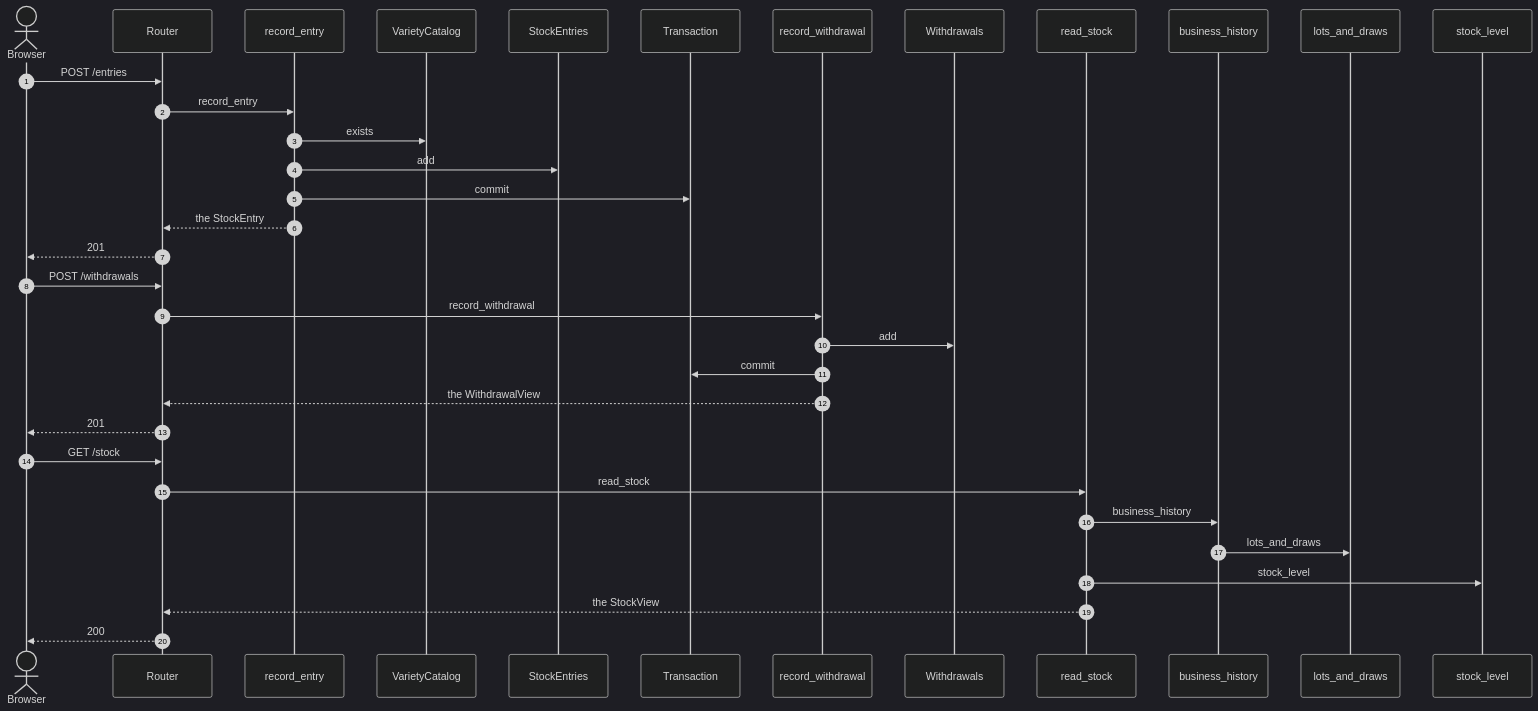
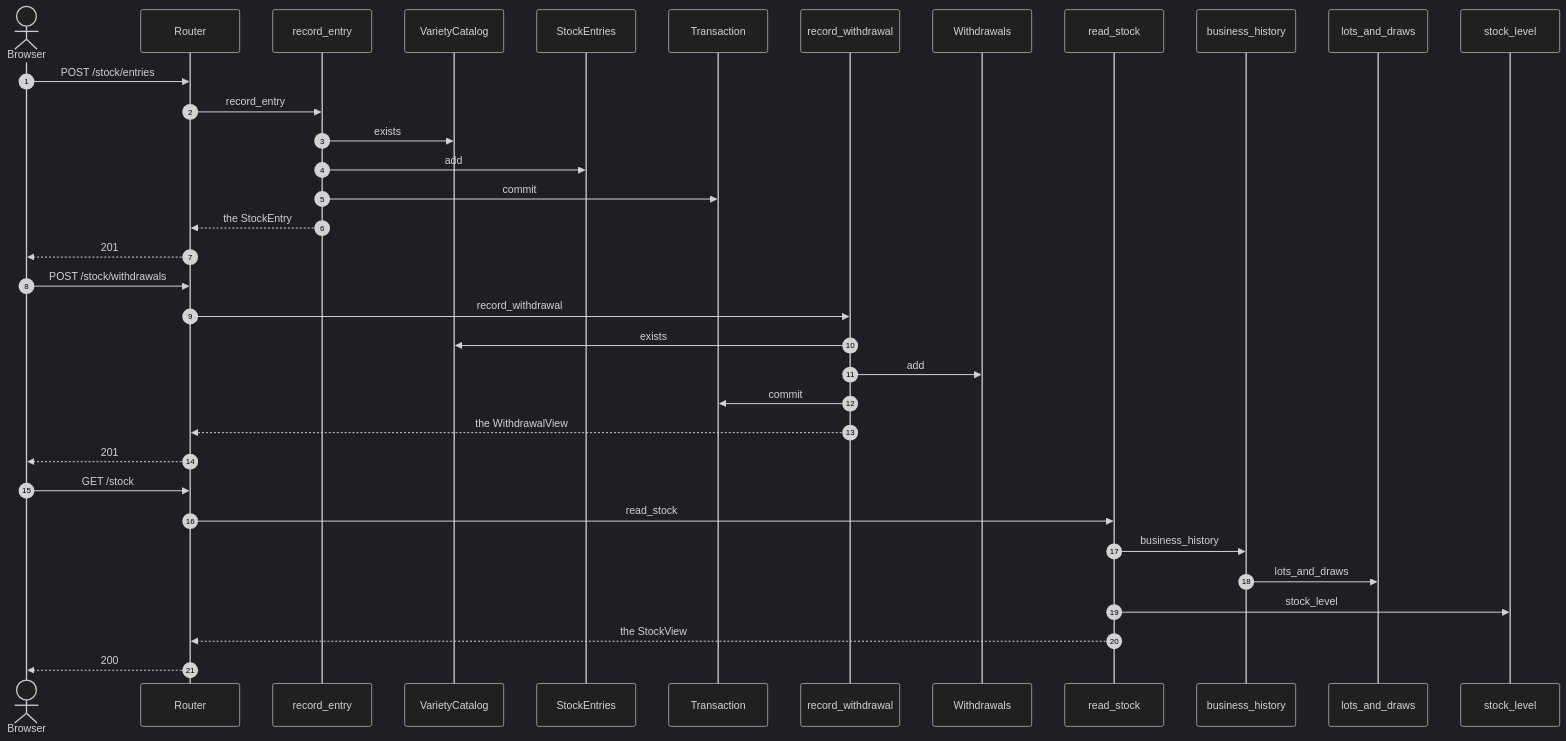
One commit to GonzaloZevallos/apostrophe changed the third of 4 diagrams in docs/architecture/flujos-clave.md. Above: the diagram before and after it, drawn with Mermaid (dark theme). The commit also changed other lines of this file and 3 other files, not shown here.

Commit message:
Correct the pages to what the code does: stock routes, the import rule, refuse_attempt as a free function, burn on an unknown email, the withdrawal's variety check

````diff
--- a/docs/architecture/flujos-clave.md
+++ b/docs/architecture/flujos-clave.md
@@ -124,36 +125,37 @@
 ```mermaid
 sequenceDiagram
   autonumber
   actor Browser
   participant Router
   participant Entry as record_entry
   participant Catalog as VarietyCatalog
   participant Entries as StockEntries
   participant Tx as Transaction
   participant Withdrawal as record_withdrawal
   participant Withdrawals
   participant Read as read_stock
   participant History as business_history
   participant Order as lots_and_draws
   participant Level as stock_level
-  Browser->>Router: POST /entries
+  Browser->>Router: POST /stock/entries
   Router->>Entry: record_entry
   Entry->>Catalog: exists
   Entry->>Entries: add
   Entry->>Tx: commit
   Entry-->>Router: the StockEntry
   Router-->>Browser: 201
-  Browser->>Router: POST /withdrawals
+  Browser->>Router: POST /stock/withdrawals
   Router->>Withdrawal: record_withdrawal
+  Withdrawal->>Catalog: exists
   Withdrawal->>Withdrawals: add
   Withdrawal->>Tx: commit
   Withdrawal-->>Router: the WithdrawalView
   Router-->>Browser: 201
   Browser->>Router: GET /stock
   Router->>Read: read_stock
   Read->>History: business_history
   History->>Order: lots_and_draws
   Read->>Level: stock_level
   Read-->>Router: the StockView
   Router-->>Browser: 200
 ```
````
